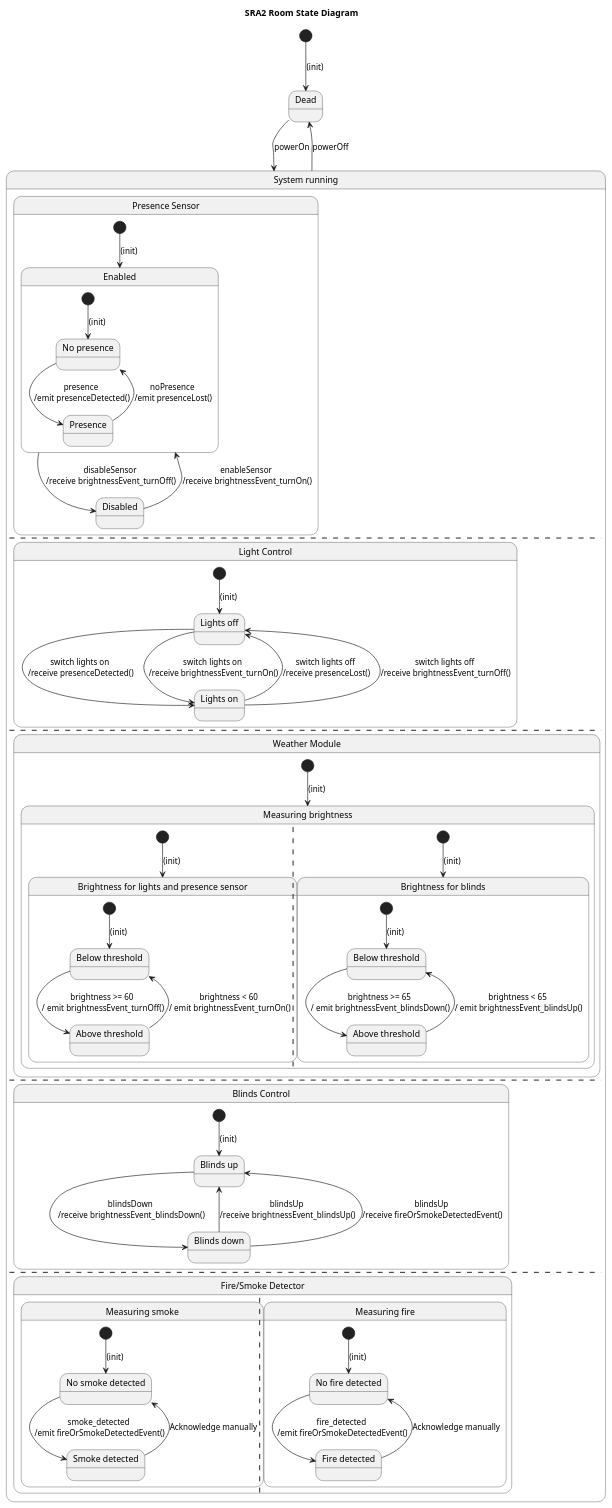
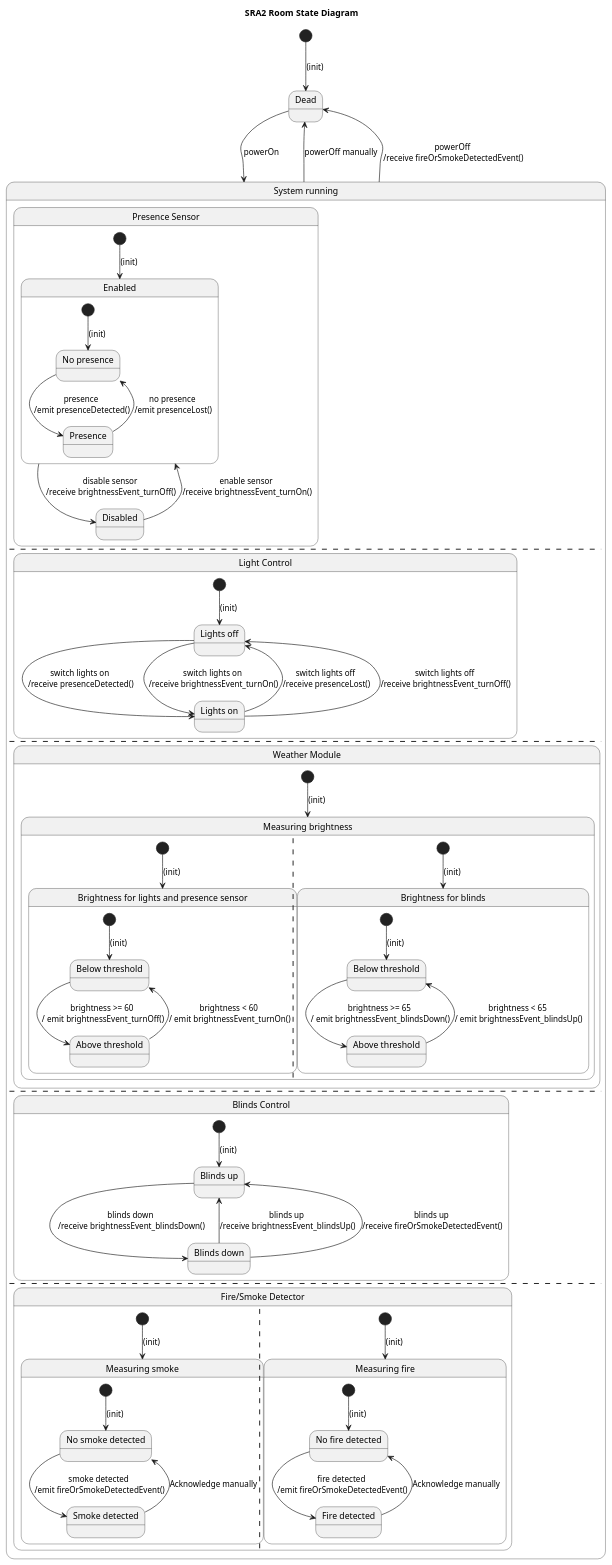
The diagram in knx/state-diagram/HBA-FH3-SRA2-state-diagram.puml (stefanpenzinger/hba-project), drawn with PlantUML before and after one commit.

Commit message:
Update state diagram

```diff
--- a/knx/state-diagram/HBA-FH3-SRA2-state-diagram.puml
+++ b/knx/state-diagram/HBA-FH3-SRA2-state-diagram.puml
@@ -1,112 +1,118 @@
 @startuml
 title SRA2 Room State Diagram
 
 state Dead
 state "System running" as SR
 
 [*] --> Dead: (init)
 Dead --> SR : powerOn
-SR --> Dead : powerOff
+SR --> Dead : powerOff manually
+SR --> Dead : powerOff \n/receive fireOrSmokeDetectedEvent()
 
 state SR {
 
   state "Presence Sensor" as PS {
      state "Enabled" as sensor_enabled {
       state "No presence" as no_presence
       state "Presence" as presence
 
       [*] --> no_presence : (init)
 
       no_presence --> presence : presence \n/emit presenceDetected()
-      presence --> no_presence : noPresence \n/emit presenceLost()
+      presence --> no_presence : no presence \n/emit presenceLost()
     }
 
     [*] --> sensor_enabled : (init)
 
     state "Disabled" as sensor_disabled
-    sensor_disabled --> sensor_enabled : enableSensor \n/receive brightnessEvent_turnOn()
-    sensor_enabled --> sensor_disabled : disableSensor \n/receive brightnessEvent_turnOff()
+    sensor_disabled --> sensor_enabled : enable sensor \n/receive brightnessEvent_turnOn()
+    sensor_enabled --> sensor_disabled : disable sensor \n/receive brightnessEvent_turnOff()
   }
 
   --
 
   state "Light Control" as LC {
     state "Lights off" as lights_off
     state "Lights on" as lights_on
 
     [*] --> lights_off : (init)
     lights_off --> lights_on : switch lights on \n/receive presenceDetected()
     lights_off --> lights_on : switch lights on \n/receive brightnessEvent_turnOn()
     lights_on --> lights_off : switch lights off \n/receive presenceLost()
     lights_on --> lights_off : switch lights off \n/receive brightnessEvent_turnOff()
   }
 
   --
 
   state "Weather Module" as WM {
     state "Measuring brightness" as measuring_brightness {
         state "Brightness for lights and presence sensor" as brightness_l_and_ps {
             state "Below threshold" as below_threshold_l_and_ps
             state "Above threshold" as above_threshold_l_and_ps
 
             [*] --> below_threshold_l_and_ps : (init)
             below_threshold_l_and_ps --> above_threshold_l_and_ps : brightness >= 60 \n/ emit brightnessEvent_turnOff()
             above_threshold_l_and_ps --> below_threshold_l_and_ps : brightness < 60 \n/ emit brightnessEvent_turnOn()
         }
 
         [*] --> brightness_l_and_ps : (init)
 
         ||
 
         state "Brightness for blinds" as brightness_blinds {
             state "Below threshold" as below_threshold_blinds
             state "Above threshold" as above_threshold_blinds
 
             [*] --> below_threshold_blinds : (init)
             below_threshold_blinds --> above_threshold_blinds : brightness >= 65 \n/ emit brightnessEvent_blindsDown()
             above_threshold_blinds --> below_threshold_blinds : brightness < 65 \n/ emit brightnessEvent_blindsUp()
         }
 
         [*] --> brightness_blinds : (init)
     }
 
     [*] --> measuring_brightness : (init)
   }
 
   --
 
   state "Blinds Control" as BC {
     state "Blinds up" as blinds_up
     state "Blinds down" as blinds_down
 
     [*] --> blinds_up : (init)
-    blinds_up --> blinds_down : blindsDown \n/receive brightnessEvent_blindsDown()
-    blinds_down --> blinds_up : blindsUp \n/receive brightnessEvent_blindsUp()
-    blinds_down --> blinds_up : blindsUp \n/receive fireOrSmokeDetectedEvent()
+    blinds_up --> blinds_down : blinds down \n/receive brightnessEvent_blindsDown()
+    blinds_down --> blinds_up : blinds up \n/receive brightnessEvent_blindsUp()
+    blinds_down --> blinds_up : blinds up \n/receive fireOrSmokeDetectedEvent()
   }
 
   --
 
   state "Fire/Smoke Detector" as FD {
-       state "Measuring smoke" as measuring_smoke {
-            state "No smoke detected" as no_smoke_detected
-            state "Smoke detected" as smoke_detected
+    state "Measuring smoke" as measuring_smoke {
+         state "No smoke detected" as no_smoke_detected
+         state "Smoke detected" as smoke_detected
 
-            [*] --> no_smoke_detected : (init)
-            no_smoke_detected --> smoke_detected : smoke_detected \n/emit fireOrSmokeDetectedEvent()
-            smoke_detected --> no_smoke_detected : Acknowledge manually
-       }
+         [*] --> no_smoke_detected : (init)
+         no_smoke_detected --> smoke_detected : smoke detected \n/emit fireOrSmokeDetectedEvent()
+         smoke_detected --> no_smoke_detected : Acknowledge manually
+    }
 
-       ||
+    [*] --> measuring_smoke : (init)
 
-       state "Measuring fire" as measuring_fire {
-            state "No fire detected" as no_fire_detected
-            state "Fire detected" as fire_detected
+    ||
 
-            [*] --> no_fire_detected : (init)
-            no_fire_detected --> fire_detected : fire_detected \n/emit fireOrSmokeDetectedEvent()
-            fire_detected --> no_fire_detected : Acknowledge manually
-       }
+    state "Measuring fire" as measuring_fire {
+         state "No fire detected" as no_fire_detected
+         state "Fire detected" as fire_detected
+
+         [*] --> no_fire_detected : (init)
+         no_fire_detected --> fire_detected : fire detected \n/emit fireOrSmokeDetectedEvent()
+         fire_detected --> no_fire_detected : Acknowledge manually
+    }
+
+
+    [*] --> measuring_fire : (init)
   }
 }
 @enduml
```
